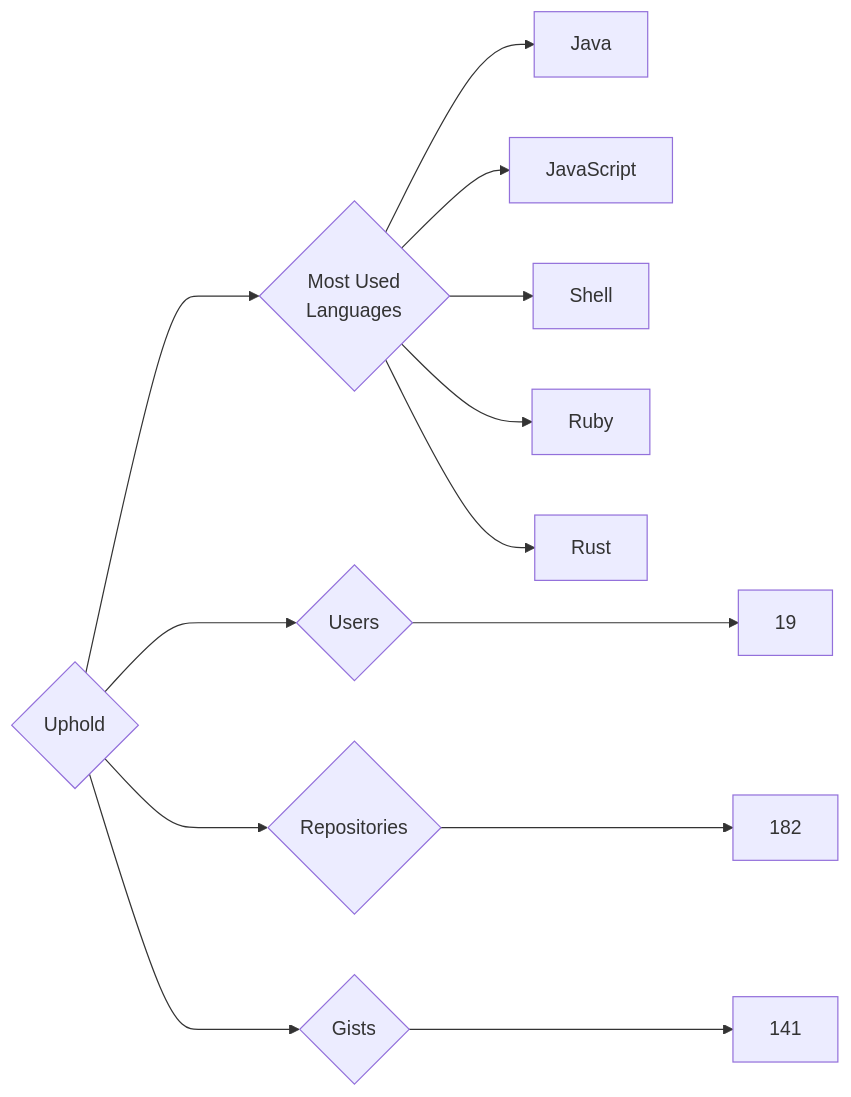
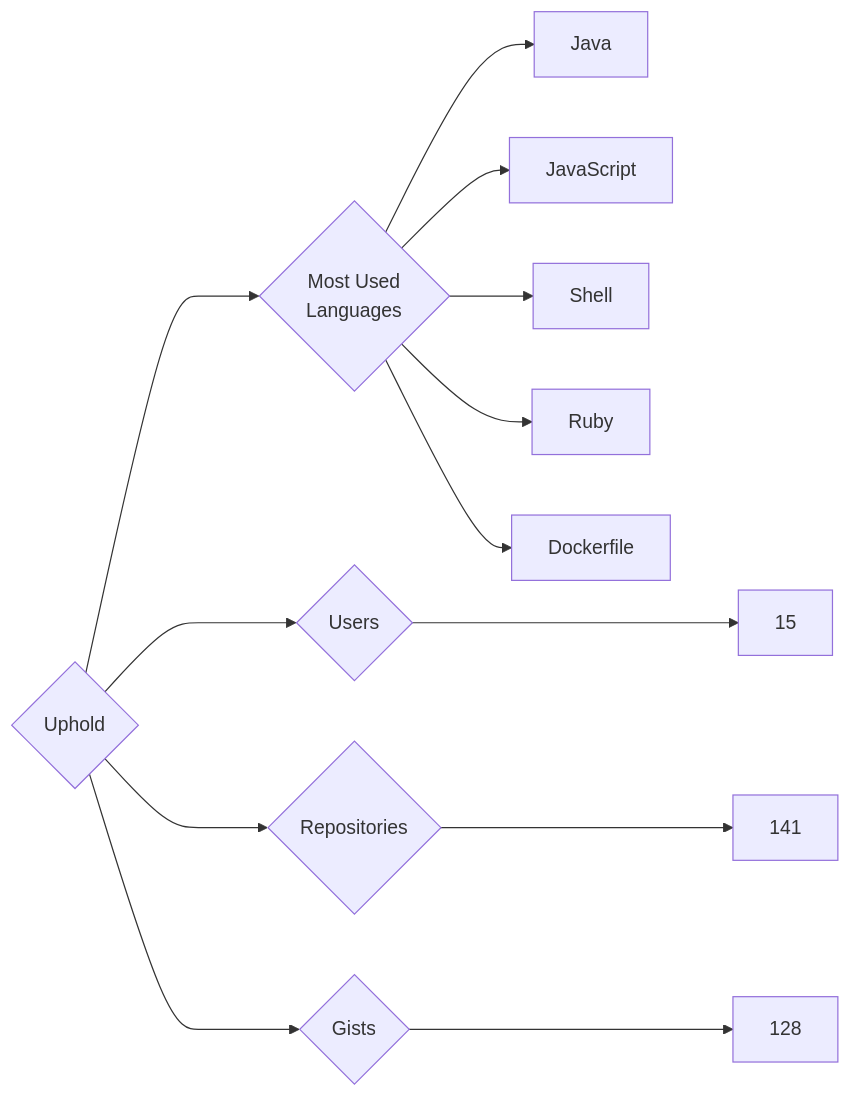
One commit to trickest/insiders changed the diagram in targets/Uphold/README.md. Above: the diagram before and after it, drawn with Mermaid. The commit also changed 877 other files, not shown here.

````diff
--- a/targets/Uphold/README.md
+++ b/targets/Uphold/README.md
@@ -3,13 +3,13 @@
 ```mermaid
 graph LR
 COMPANY_NAME{Uphold}
-COMPANY_NAME ---> U{Users} ---> UN[19]
-COMPANY_NAME ---> R{Repositories} ---> RN[182]
-COMPANY_NAME ---> G{Gists} ---> GN[141]
+COMPANY_NAME ---> U{Users} ---> UN[15]
+COMPANY_NAME ---> R{Repositories} ---> RN[141]
+COMPANY_NAME ---> G{Gists} ---> GN[128]
 COMPANY_NAME ---> ML{Most Used<br>Languages}
 ML --> Java[Java]
 ML --> JavaScript[JavaScript]
 ML --> Shell[Shell]
 ML --> Ruby[Ruby]
-ML --> Rust[Rust]
+ML --> Dockerfile[Dockerfile]
 ```
````
